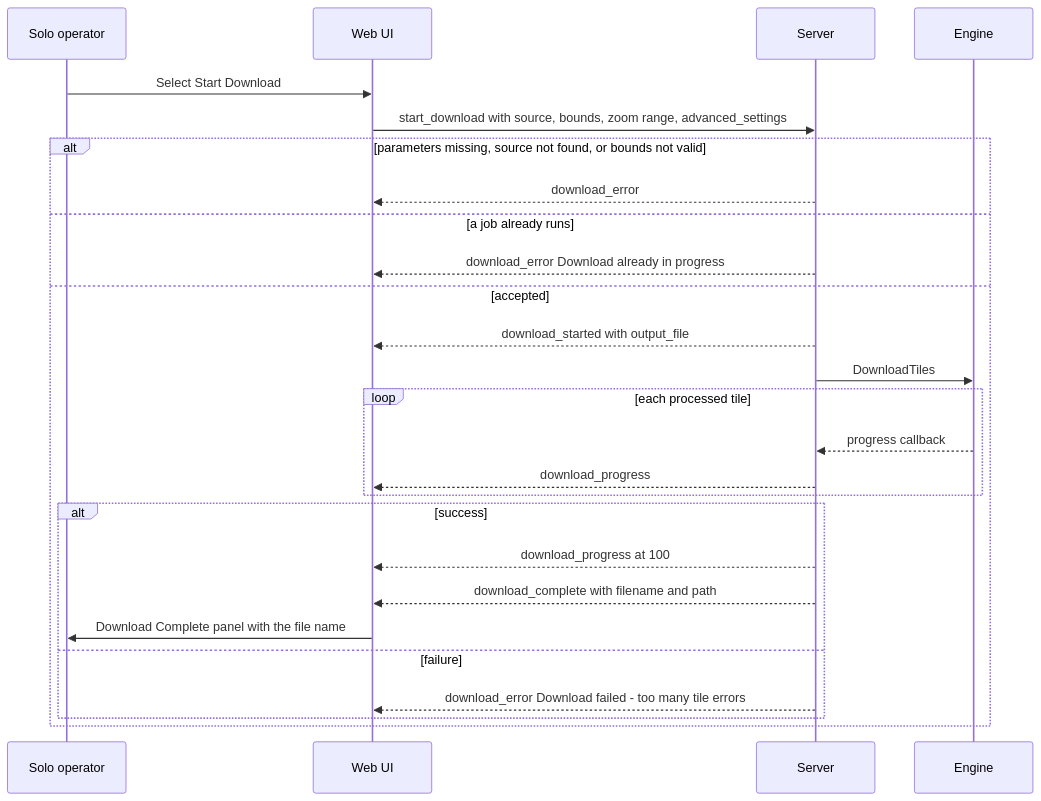
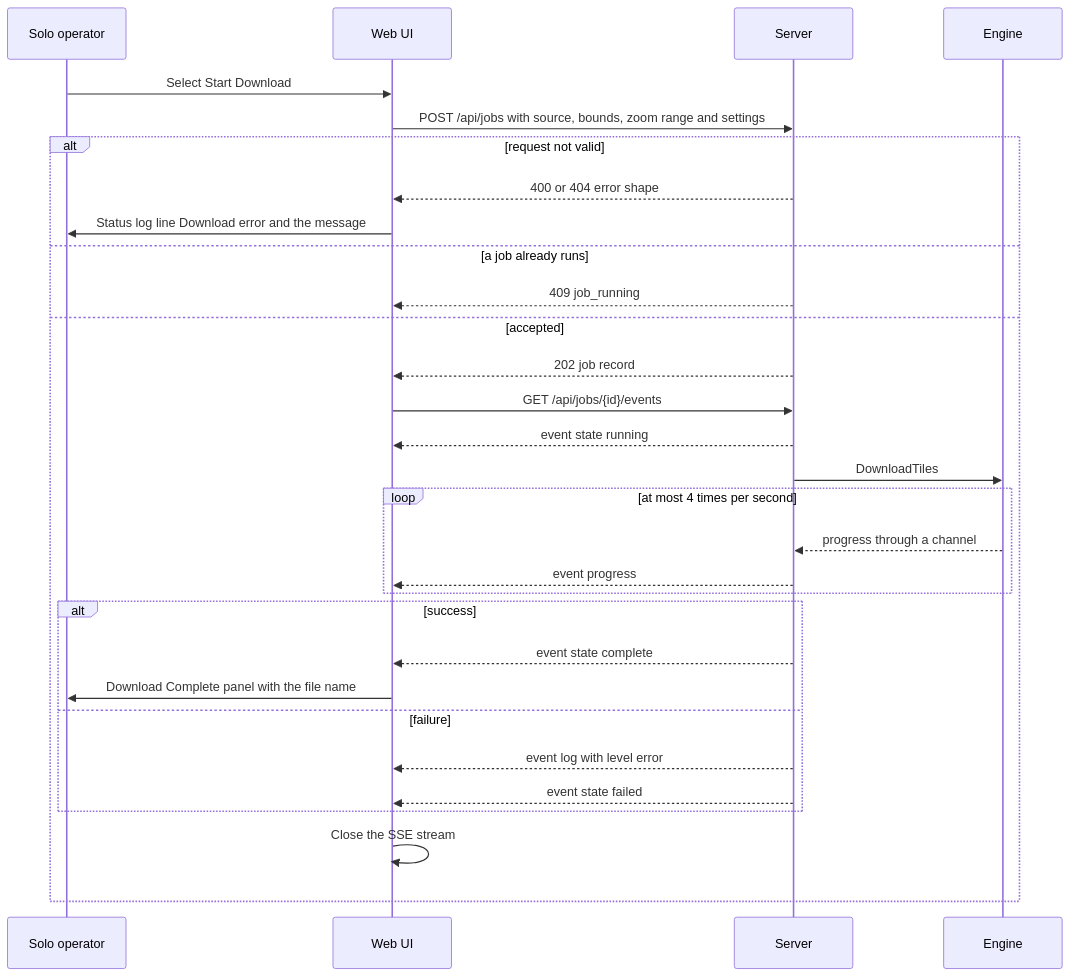
One commit to Crank-Git/ATAKMapDownloader changed the first of 3 diagrams in docs/specs/features/04-web-ui.md. Above: the diagram before and after it, drawn with Mermaid. The commit also changed other lines of this file and 15 other files, not shown here.

````diff
--- a/docs/specs/features/04-web-ui.md
+++ b/docs/specs/features/04-web-ui.md
@@ -73,28 +81,32 @@
 ```mermaid
 sequenceDiagram
     participant U as Solo operator
     participant W as Web UI
     participant S as Server
     participant E as Engine
     U->>W: Select Start Download
-    W->>S: start_download with source, bounds, zoom range, advanced_settings
-    alt parameters missing, source not found, or bounds not valid
-        S-->>W: download_error
+    W->>S: POST /api/jobs with source, bounds, zoom range and settings
+    alt request not valid
+        S-->>W: 400 or 404 error shape
+        W->>U: Status log line Download error and the message
     else a job already runs
-        S-->>W: download_error Download already in progress
+        S-->>W: 409 job_running
     else accepted
-        S-->>W: download_started with output_file
+        S-->>W: 202 job record
+        W->>S: GET /api/jobs/{id}/events
+        S-->>W: event state running
         S->>E: DownloadTiles
-        loop each processed tile
-            E-->>S: progress callback
-            S-->>W: download_progress
+        loop at most 4 times per second
+            E-->>S: progress through a channel
+            S-->>W: event progress
         end
         alt success
-            S-->>W: download_progress at 100
-            S-->>W: download_complete with filename and path
+            S-->>W: event state complete
             W->>U: Download Complete panel with the file name
         else failure
-            S-->>W: download_error Download failed - too many tile errors
+            S-->>W: event log with level error
+            S-->>W: event state failed
         end
+        W->>W: Close the SSE stream
     end
 ```
````
